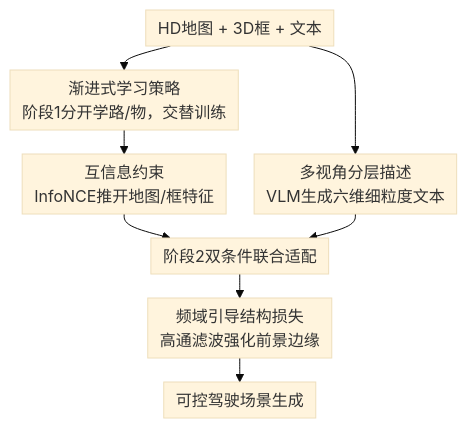
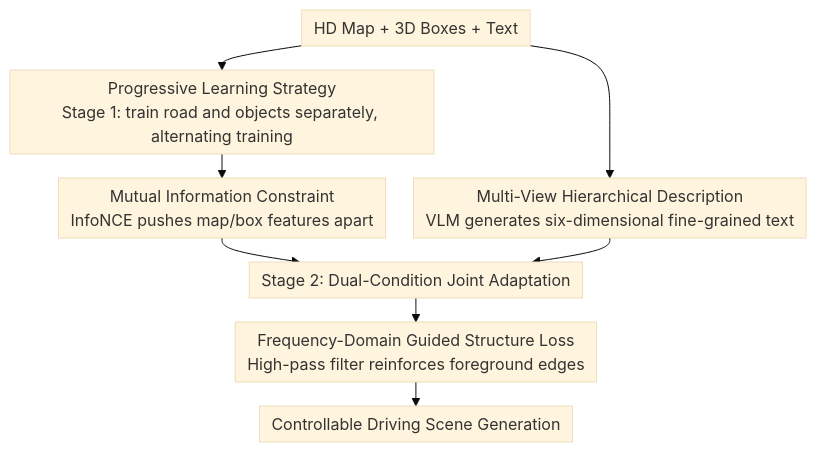
The diagram in docs/CVPR2026/autonomous_driving/drivepts_a_progressive_learning_framework_with_textual_and_structural_enhancemen.md (zhaoyang97/Paper-Notes-en), drawn with Mermaid (base theme) before and after one commit. The commit also changed 644 other files, not shown here.

````diff
--- a/docs/CVPR2026/autonomous_driving/drivepts_a_progressive_learning_framework_with_textual_and_structural_enhancemen.md
+++ b/docs/CVPR2026/autonomous_driving/drivepts_a_progressive_learning_framework_with_textual_and_structural_enhancemen.md
@@ -49,11 +49,11 @@
 ```mermaid
 %%{init: {'flowchart': {'rankSpacing': 24, 'nodeSpacing': 28, 'padding': 6, 'wrappingWidth': 400}}}%%
 flowchart TD
-    A["HD地图 + 3D框 + 文本"] --> B["渐进式学习策略<br/>阶段1分开学路/物，交替训练"]
-    B --> C["互信息约束<br/>InfoNCE推开地图/框特征"]
-    A --> D["多视角分层描述<br/>VLM生成六维细粒度文本"]
-    C --> E["阶段2双条件联合适配"]
+    A["HD Map + 3D Boxes + Text"] --> B["Progressive Learning Strategy<br/>Stage 1: train road and objects separately, alternating training"]
+    B --> C["Mutual Information Constraint<br/>InfoNCE pushes map/box features apart"]
+    A --> D["Multi-View Hierarchical Description<br/>VLM generates six-dimensional fine-grained text"]
+    C --> E["Stage 2: Dual-Condition Joint Adaptation"]
     D --> E
-    E --> F["频域引导结构损失<br/>高通滤波强化前景边缘"]
-    F --> G["可控驾驶场景生成"]
+    E --> F["Frequency-Domain Guided Structure Loss<br/>High-pass filter reinforces foreground edges"]
+    F --> G["Controllable Driving Scene Generation"]
 ```
````
